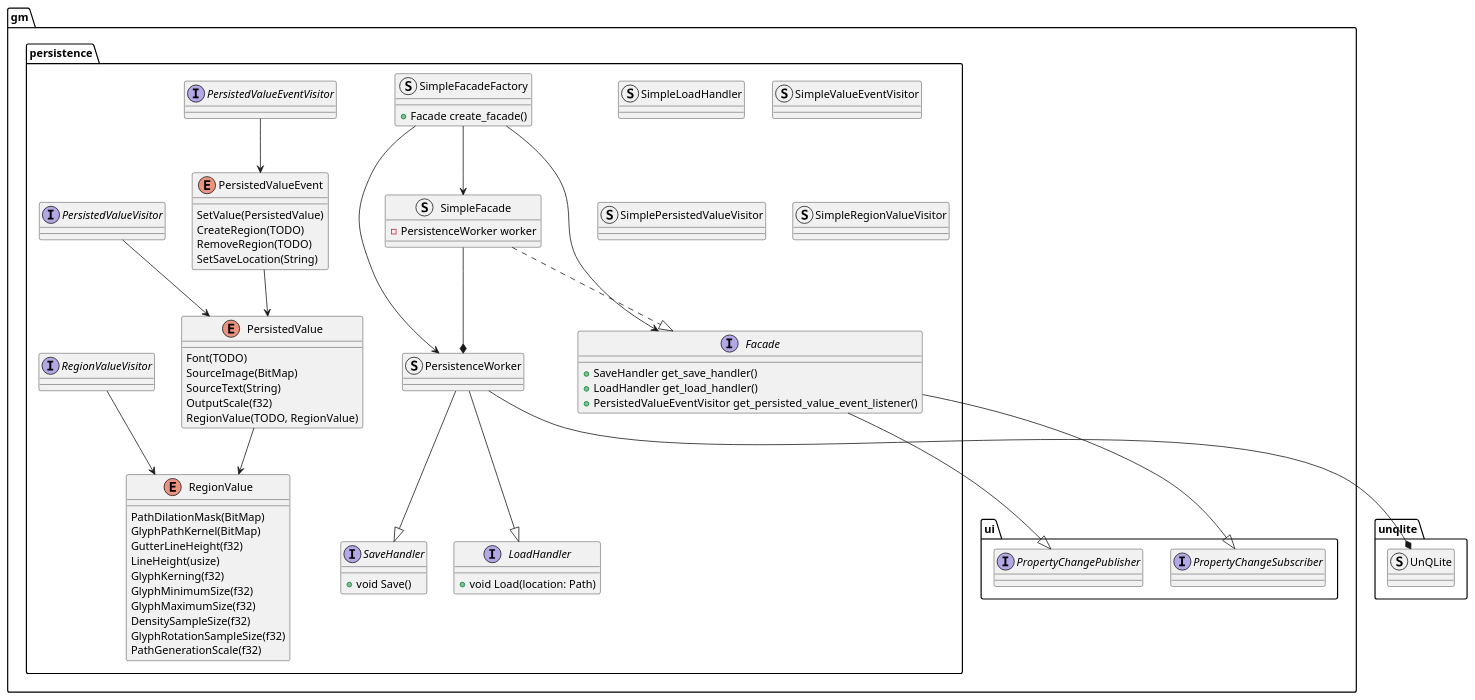
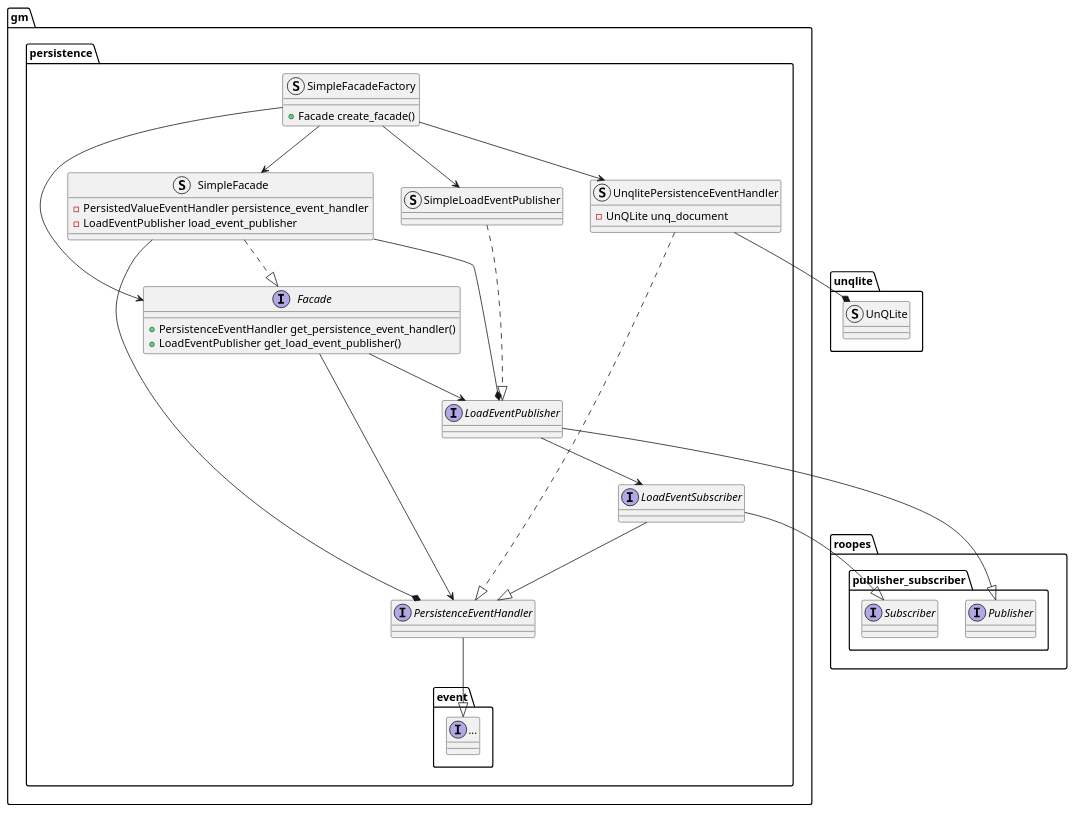
The diagram in documentation/Specification/diagrams/subsystems/persistence/intra.plantuml (zwerdlds/GlyphMosaic), drawn with PlantUML before and after one commit. The commit also changed 3 other files, not shown here.

Commit message:
docs: persistence simplified design and made interfaces;  will probably re-design as observer; events breakout; roopes dep added

```diff
--- a/documentation/Specification/diagrams/subsystems/persistence/intra.plantuml
+++ b/documentation/Specification/diagrams/subsystems/persistence/intra.plantuml
@@ -1,98 +1,71 @@
 @startuml intra
 skinparam componentStyle uml1
 
 package "gm" {
-    package "ui" as ui {
-        interface "PropertyChangeSubscriber" as uipcs
-        interface "PropertyChangePublisher" as uipcp
-    }
-
     package "persistence" as per {
         interface "Facade" as perf{
-            + SaveHandler get_save_handler()
-            + LoadHandler get_load_handler()
-            + PersistedValueEventVisitor get_persisted_value_event_listener()
+            + PersistenceEventHandler get_persistence_event_handler()
+            + LoadEventPublisher get_load_event_publisher()
         }
 
-        struct "PersistenceWorker" as perpw {}
+        struct "SimpleLoadEventPublisher" as perslep {}
+        interface "LoadEventPublisher" as perlep {}
+        interface "LoadEventSubscriber" as perles {}
 
-        interface "SaveHandler" as persh {
-            + void Save()
-        }
-
-        struct "SimpleLoadHandler" as perslh
-        interface "LoadHandler" as perlh {
-            + void Load(location: Path)
+        struct "SimpleFacade" as persf {
+            - PersistedValueEventHandler persistence_event_handler
+            - LoadEventPublisher load_event_publisher
         }
 
         struct "SimpleFacadeFactory" as persff {
             + Facade create_facade()
         }
 
-        struct "SimpleFacade" as persf {
-            - PersistenceWorker worker
+        interface "PersistenceEventHandler" as perpeh {}
+        struct "UnqlitePersistenceEventHandler" as persupeh {
+            - UnQLite unq_document
         }
 
-        struct "SimpleValueEventVisitor" as perspvev {}
-        interface "PersistedValueEventVisitor" as perpvev {}
-        enum "PersistedValueEvent" as perpve {
-            SetValue(PersistedValue)
-            CreateRegion(TODO)
-            RemoveRegion(TODO)
-            SetSaveLocation(String)
+        package "event" as pere {
+            interface "..." as pereellipse {}
         }
+    }
+}
 
-        struct "SimplePersistedValueVisitor" as perspvv {}
-        interface "PersistedValueVisitor" as perpvv {}
-        enum "PersistedValue" as perpv {
-            Font(TODO)
-            SourceImage(BitMap)
-            SourceText(String)
-            OutputScale(f32)
-            RegionValue(TODO, RegionValue)
-        }
-
-        struct "SimpleRegionValueVisitor" as persrvv {}
-        interface "RegionValueVisitor" as perrvv {}
-        enum "RegionValue" as perrv {
-            PathDilationMask(BitMap)
-            GlyphPathKernel(BitMap)
-            GutterLineHeight(f32)
-            LineHeight(usize)
-            GlyphKerning(f32)
-            GlyphMinimumSize(f32)
-            GlyphMaximumSize(f32)
-            DensitySampleSize(f32)
-            GlyphRotationSampleSize(f32)
-            PathGenerationScale(f32)
-        }
+package "roopes" as r {
+    package "publisher_subscriber" as rps{
+        interface "Publisher" as rpsp {}
+        interface "Subscriber" as rpss {}
     }
 }
 
 package "unqlite" as unq {
     struct "UnQLite" as unqunq
 }
 
-perpvev --> perpve
-perpve --> perpv
+perlep --> perles
+perlep --|> rpsp
 
-perpvv --> perpv
-perpv --> perrv
-
-perrvv --> perrv
-
+perslep ..|> perlep
 
 persff --> perf
 persff --> persf
-persff --> perpw
+persff --> persupeh
+persff --> perslep
 
 persf ..|> perf
-persf --* perpw
-perf --|> uipcp
-perf --|> uipcs
+persf --* perpeh
+persf --* perlep
 
-perpw --|> persh
-perpw --|> perlh
-perpw --* unqunq
+perf --> perlep
+perf --> perpeh
+
+persupeh ..|> perpeh
+persupeh --* unqunq
+
+perles --|> perpeh
+perles --|> rpss
+
+perpeh --|> pereellipse
 
 @enduml
```
